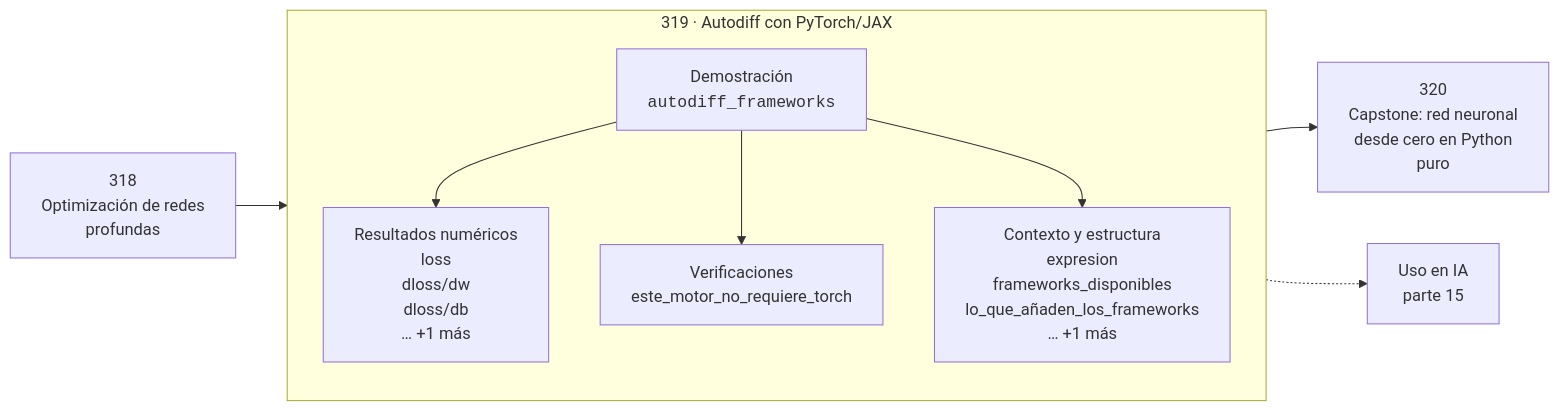
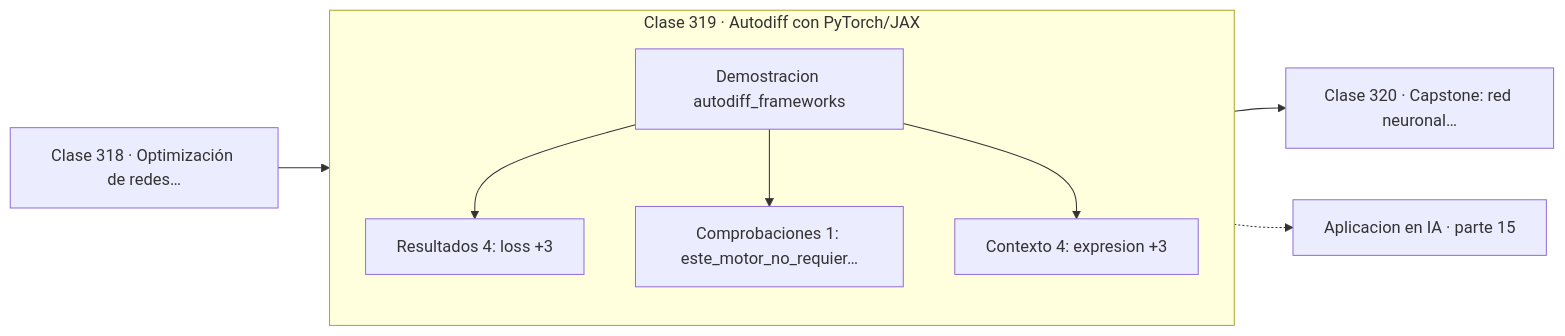
The diagram in classes/part-15-matematica-de-deep-learning/319-autodiff-con-pytorch-jax/README.md (vladimiracunadev-create/computational-mathematics-program), drawn with Mermaid before and after one commit. The commit also changed 389 other files, not shown here.

First line of the commit message:
fix(diagramas): elimina el HTML de las etiquetas Mermaid

````diff
--- a/classes/part-15-matematica-de-deep-learning/319-autodiff-con-pytorch-jax/README.md
+++ b/classes/part-15-matematica-de-deep-learning/319-autodiff-con-pytorch-jax/README.md
@@ -30,12 +30,13 @@
 ```mermaid
 flowchart LR
-    P["318<br/>Optimización de redes<br/>profundas"] --> C
-    subgraph C["319 · Autodiff con PyTorch/JAX"]
+    P["Clase 318 · Optimización de redes…"] --> D
+    subgraph CLASE["Clase 319 · Autodiff con PyTorch/JAX"]
         direction TB
-        D["Demostración<br/><code>autodiff_frameworks</code>"] --> R["Resultados numéricos<br/>loss<br/>dloss/dw<br/>dloss/db<br/>… +1 más"]
-        D --> V["Verificaciones<br/>este_motor_no_requiere_torch"]
-        D --> O["Contexto y estructura<br/>expresion<br/>frameworks_disponibles<br/>lo_que_añaden_los_frameworks<br/>… +1 más"]
+        D["Demostracion autodiff_frameworks"]
+        D --> R["Resultados 4: loss +3"]
+        D --> V["Comprobaciones 1: este_motor_no_requier…"]
+        D --> O["Contexto 4: expresion +3"]
     end
-    C --> N["320<br/>Capstone: red neuronal<br/>desde cero en Python<br/>puro"]
-    C -.-> IA["Uso en IA<br/>parte 15"]
+    R --> N["Clase 320 · Capstone: red neuronal…"]
+    V -.-> IA["Aplicacion en IA · parte 15"]
 ```
````
